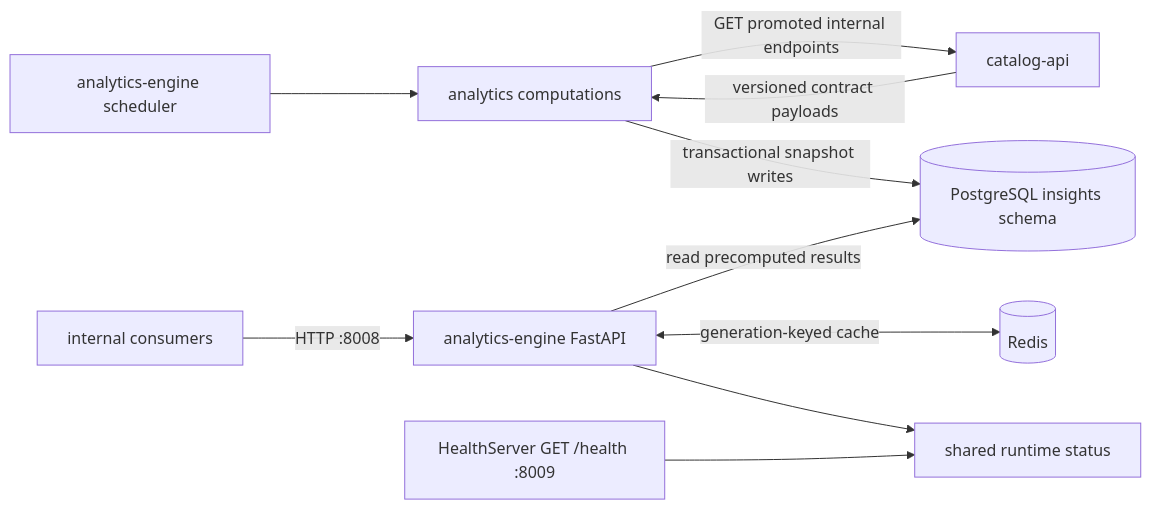
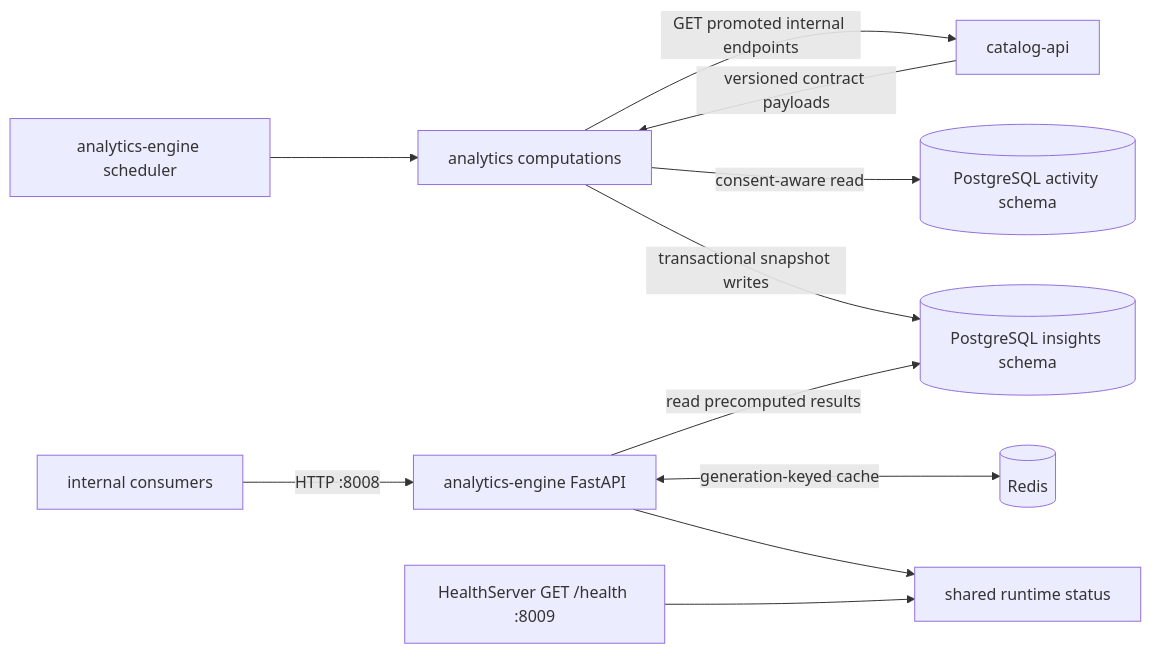
The diagram in docs/architecture.md (groovemap-music/analytics-engine), drawn with Mermaid before and after one commit. The commit also changed other lines of this file and 6 other files, not shown here.

First line of the commit message:
feat(insights): compute and expose the activity summary

````diff
--- a/docs/architecture.md
+++ b/docs/architecture.md
@@ -5,12 +5,13 @@
 ```mermaid
 flowchart LR
     Scheduler[analytics-engine scheduler] --> Compute[analytics computations]
     Compute -->|GET promoted internal endpoints| Catalog[catalog-api]
+    Compute -->|consent-aware read| Activity[(PostgreSQL activity schema)]
     Catalog -->|versioned contract payloads| Compute
     Compute -->|transactional snapshot writes| Postgres[(PostgreSQL insights schema)]
     Clients[internal consumers] -->|HTTP :8008| API
     API[analytics-engine FastAPI] -->|read precomputed results| Postgres
     API <-->|generation-keyed cache| Redis[(Redis)]
     API --> Runtime[shared runtime status]
     Health[HealthServer GET /health :8009] --> Runtime
 ```
````
